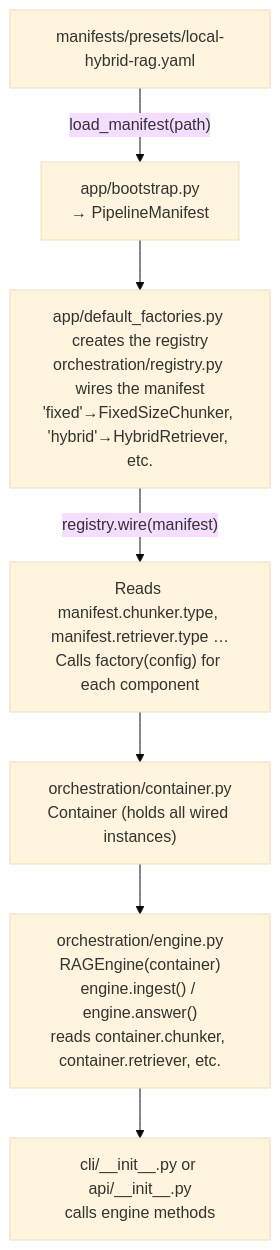
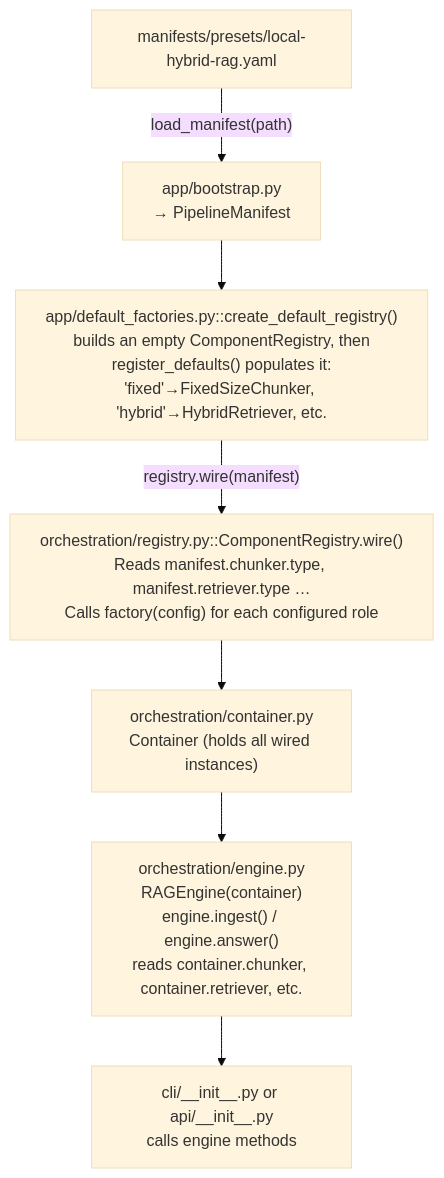
Before and after one commit to HerbertGourout/modular-rag-framework: the third of 5 diagrams in docs/architecture/overview.md, drawn with Mermaid. The commit also changed other lines of this file and 42 other files, not shown here.

````diff
--- a/docs/architecture/overview.md
+++ b/docs/architecture/overview.md
@@ -234,11 +476,11 @@
 ```mermaid
 %%{init: {"theme": "base"}}%%
 flowchart TD
     YAML["manifests/presets/local-hybrid-rag.yaml"]
     YAML -->|"load_manifest(path)"| Manifest["app/bootstrap.py\n→ PipelineManifest"]
-    Manifest --> Registry["app/default_factories.py creates the registry\norchestration/registry.py wires the manifest\n'fixed'→FixedSizeChunker, 'hybrid'→HybridRetriever, etc."]
-    Registry -->|"registry.wire(manifest)"| Wire["Reads manifest.chunker.type, manifest.retriever.type …\nCalls factory(config) for each component"]
+    Manifest --> Registry["app/default_factories.py::create_default_registry()\nbuilds an empty ComponentRegistry, then\nregister_defaults() populates it:\n'fixed'→FixedSizeChunker, 'hybrid'→HybridRetriever, etc."]
+    Registry -->|"registry.wire(manifest)"| Wire["orchestration/registry.py::ComponentRegistry.wire()\nReads manifest.chunker.type, manifest.retriever.type …\nCalls factory(config) for each configured role"]
     Wire --> Container["orchestration/container.py\nContainer (holds all wired instances)"]
     Container --> Engine["orchestration/engine.py\nRAGEngine(container)\nengine.ingest() / engine.answer()\nreads container.chunker, container.retriever, etc."]
     Engine --> Callers["cli/__init__.py or api/__init__.py\ncalls engine methods"]
 ```
````
